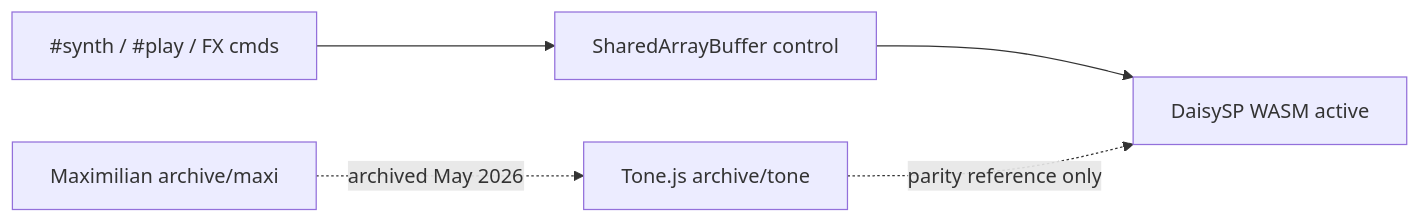
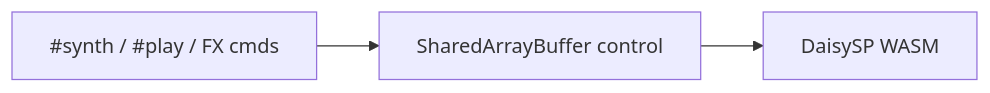
The first of 2 diagrams in zss/feature/synth/docs/implementation-matrix.mdx (goldbuick/zed-software-system), drawn with Mermaid before and after one commit. The commit also changed other lines of this file and 135 other files, not shown here.

````diff
--- a/zss/feature/synth/docs/implementation-matrix.mdx
+++ b/zss/feature/synth/docs/implementation-matrix.mdx
@@ -11,12 +11,7 @@
 ```mermaid
 flowchart LR
   synthCmd["#synth / #play / FX cmds"]
   sab["SharedArrayBuffer control"]
-  daisy["DaisySP WASM active"]
-  maxi["Maximilian archive/maxi"]
-  tone["Tone.js archive/tone"]
-  synthCmd --> sab
-  sab --> daisy
-  tone -.->|"parity reference only"| daisy
-  maxi -.->|"archived May 2026"| tone
+  daisy["DaisySP WASM"]
+  synthCmd --> sab --> daisy
 ```
````
